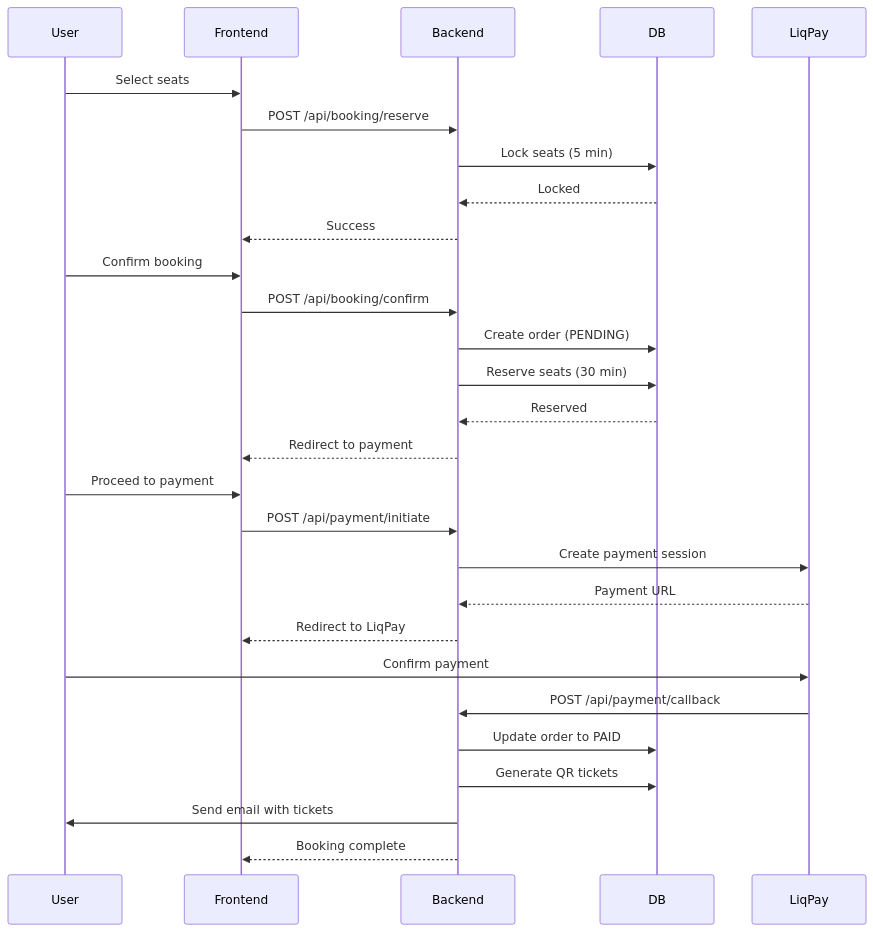
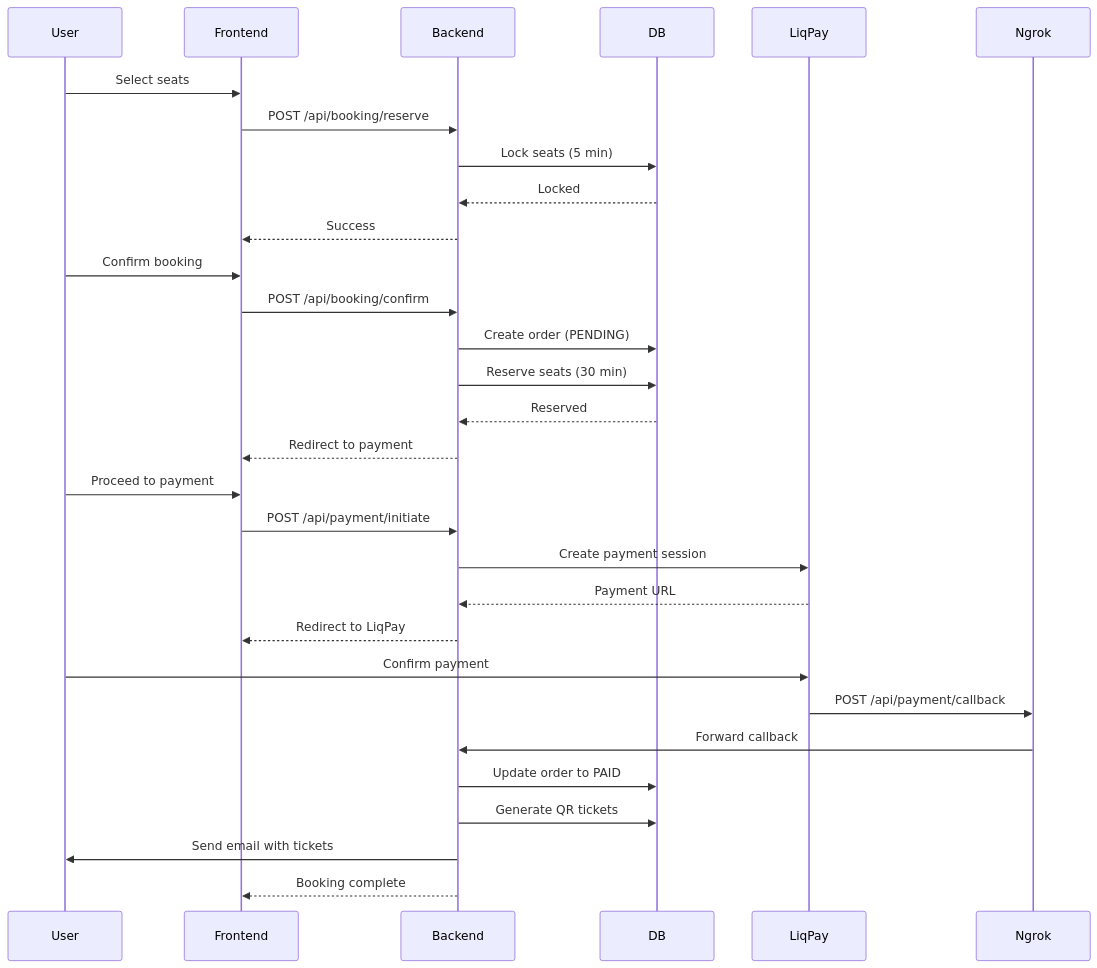
The second of 2 diagrams in README.md (AntonBas/Cinema), drawn with Mermaid before and after one commit. The commit also changed other lines of this file, not shown here.

Commit message:
docs: polish README structure and add Ngrok to architecture

````diff
--- a/README.md
+++ b/README.md
@@ -168,34 +170,36 @@
 ```mermaid
 sequenceDiagram
     participant User
     participant Frontend
     participant Backend
     participant DB
     participant LiqPay
+    participant Ngrok
 
     User->>Frontend: Select seats
     Frontend->>Backend: POST /api/booking/reserve
     Backend->>DB: Lock seats (5 min)
     DB-->>Backend: Locked
     Backend-->>Frontend: Success
 
     User->>Frontend: Confirm booking
     Frontend->>Backend: POST /api/booking/confirm
     Backend->>DB: Create order (PENDING)
     Backend->>DB: Reserve seats (30 min)
     DB-->>Backend: Reserved
     Backend-->>Frontend: Redirect to payment
 
     User->>Frontend: Proceed to payment
     Frontend->>Backend: POST /api/payment/initiate
     Backend->>LiqPay: Create payment session
     LiqPay-->>Backend: Payment URL
     Backend-->>Frontend: Redirect to LiqPay
     User->>LiqPay: Confirm payment
 
-    LiqPay->>Backend: POST /api/payment/callback
+    LiqPay->>Ngrok: POST /api/payment/callback
+    Ngrok->>Backend: Forward callback
     Backend->>DB: Update order to PAID
     Backend->>DB: Generate QR tickets
     Backend->>User: Send email with tickets
     Backend-->>Frontend: Booking complete
 ```
````
